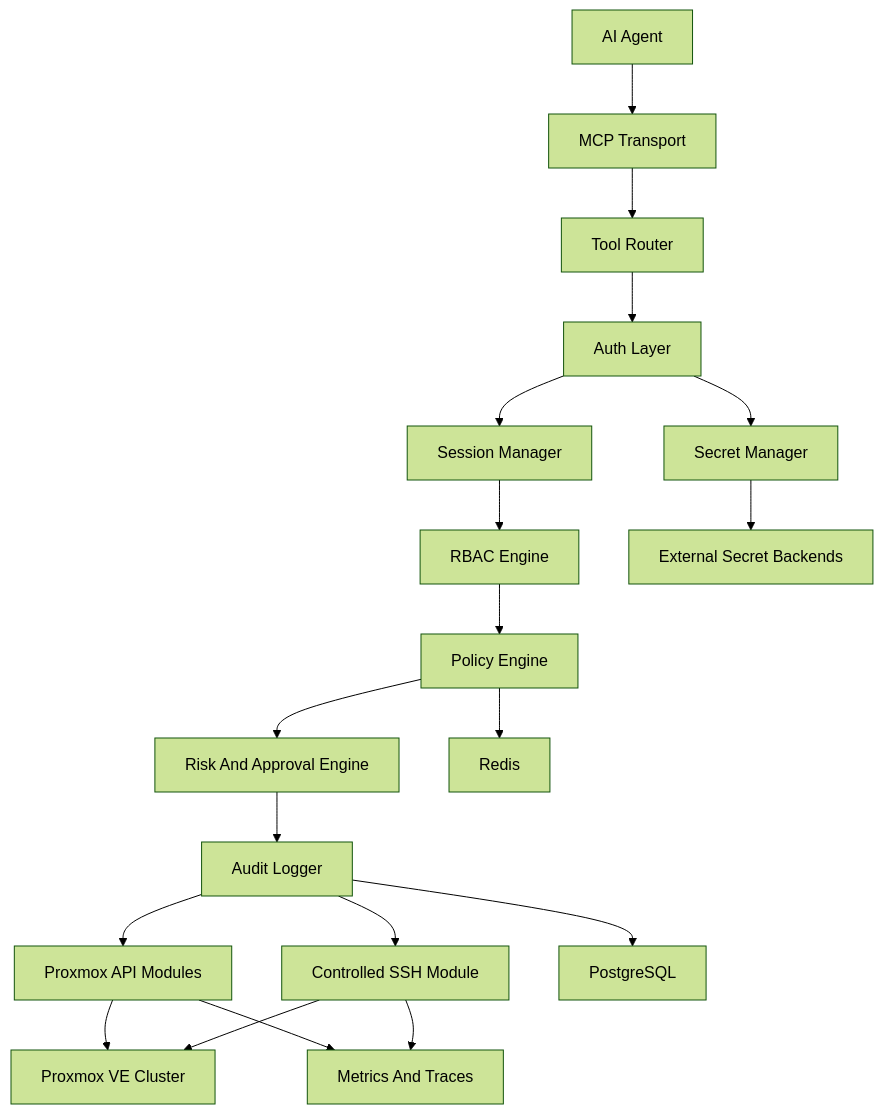
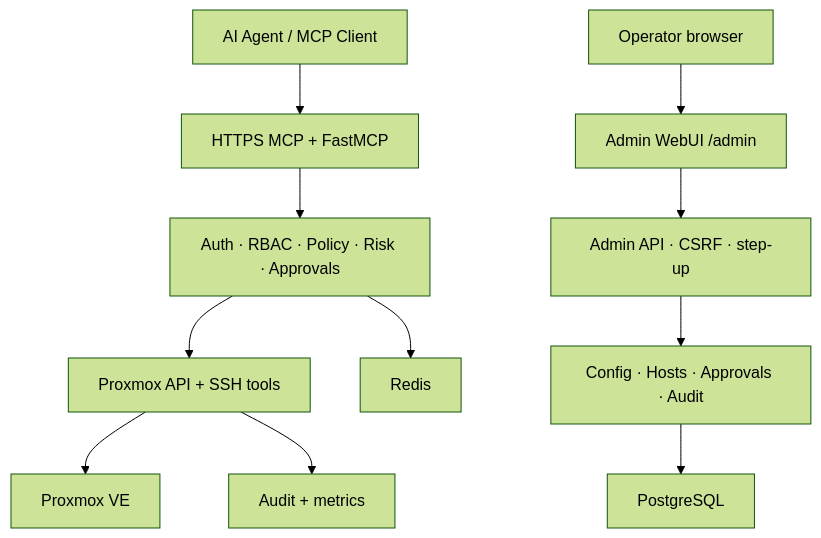
Before and after one commit to 0x696E7175696C696E65/Proxmox-MCP: the first of 2 diagrams in README.md, drawn with Mermaid (forest theme). The commit also changed other lines of this file, not shown here.

First line of the commit message:
Modernize README with Admin WebUI, approvals, and multi-host features.

````diff
--- a/README.md
+++ b/README.md
@@ -89,21 +83,13 @@
 ```mermaid
 flowchart TD
-  aiAgent["AI Agent"] --> mcpTransport["MCP Transport"]
-  mcpTransport --> toolRouter["Tool Router"]
-  toolRouter --> authLayer["Auth Layer"]
-  authLayer --> sessionManager["Session Manager"]
-  sessionManager --> rbacEngine["RBAC Engine"]
-  rbacEngine --> policyEngine["Policy Engine"]
-  policyEngine --> riskEngine["Risk And Approval Engine"]
-  riskEngine --> auditLogger["Audit Logger"]
-  auditLogger --> proxmoxApi["Proxmox API Modules"]
-  auditLogger --> sshEngine["Controlled SSH Module"]
-  proxmoxApi --> proxmoxCluster["Proxmox VE Cluster"]
-  sshEngine --> proxmoxCluster
-  authLayer --> secretManager["Secret Manager"]
-  secretManager --> secretBackends["External Secret Backends"]
-  auditLogger --> postgres["PostgreSQL"]
-  policyEngine --> redis["Redis"]
-  proxmoxApi --> observability["Metrics And Traces"]
-  sshEngine --> observability
+  agent["AI Agent / MCP Client"] --> mcp["HTTPS MCP + FastMCP"]
+  admin["Operator browser"] --> webui["Admin WebUI /admin"]
+  mcp --> guard["Auth · RBAC · Policy · Risk · Approvals"]
+  webui --> adminApi["Admin API · CSRF · step-up"]
+  guard --> tools["Proxmox API + SSH tools"]
+  adminApi --> stores["Config · Hosts · Approvals · Audit"]
+  tools --> pve["Proxmox VE"]
+  stores --> pg["PostgreSQL"]
+  guard --> redis["Redis"]
+  tools --> audit["Audit + metrics"]
 ```
````
